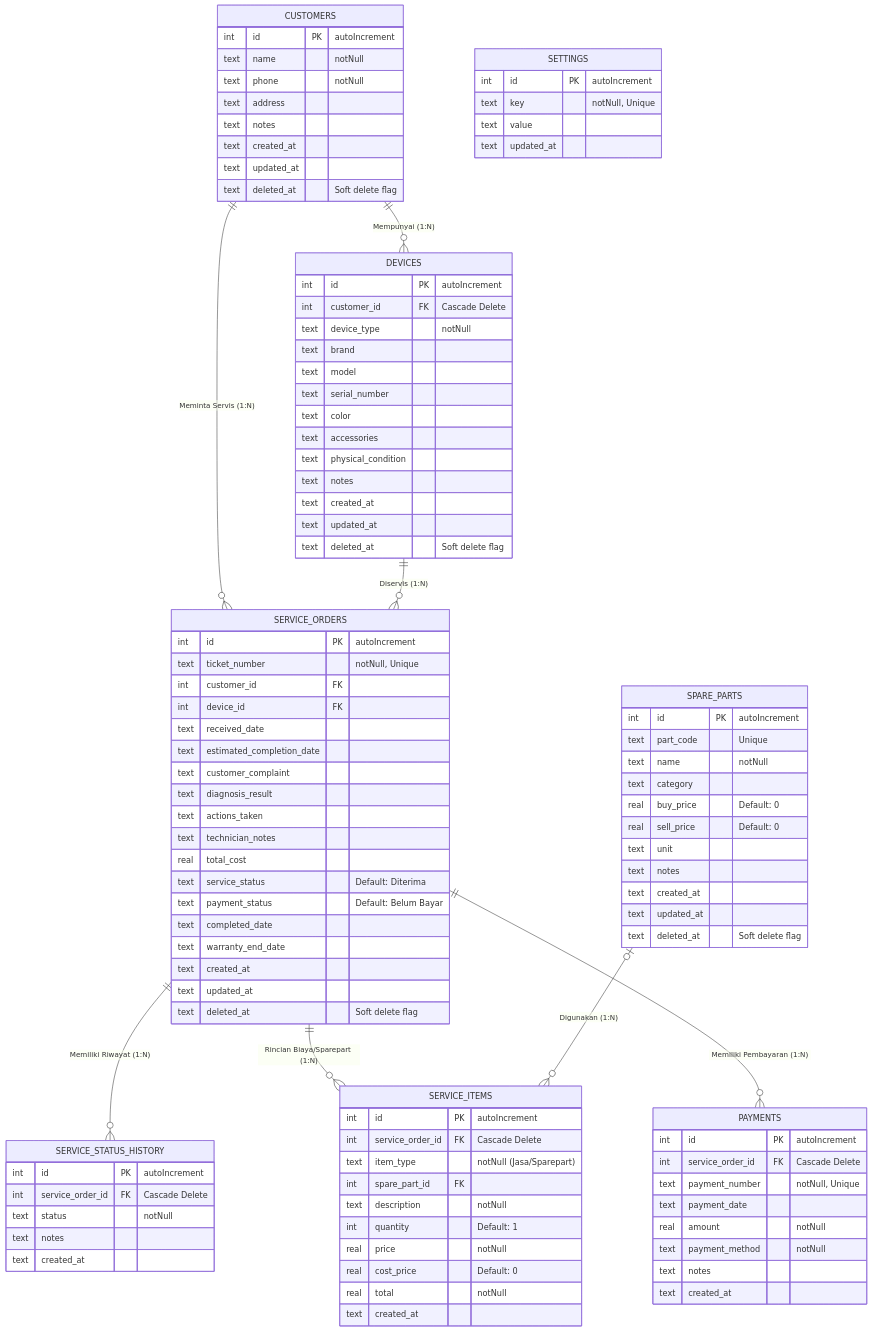
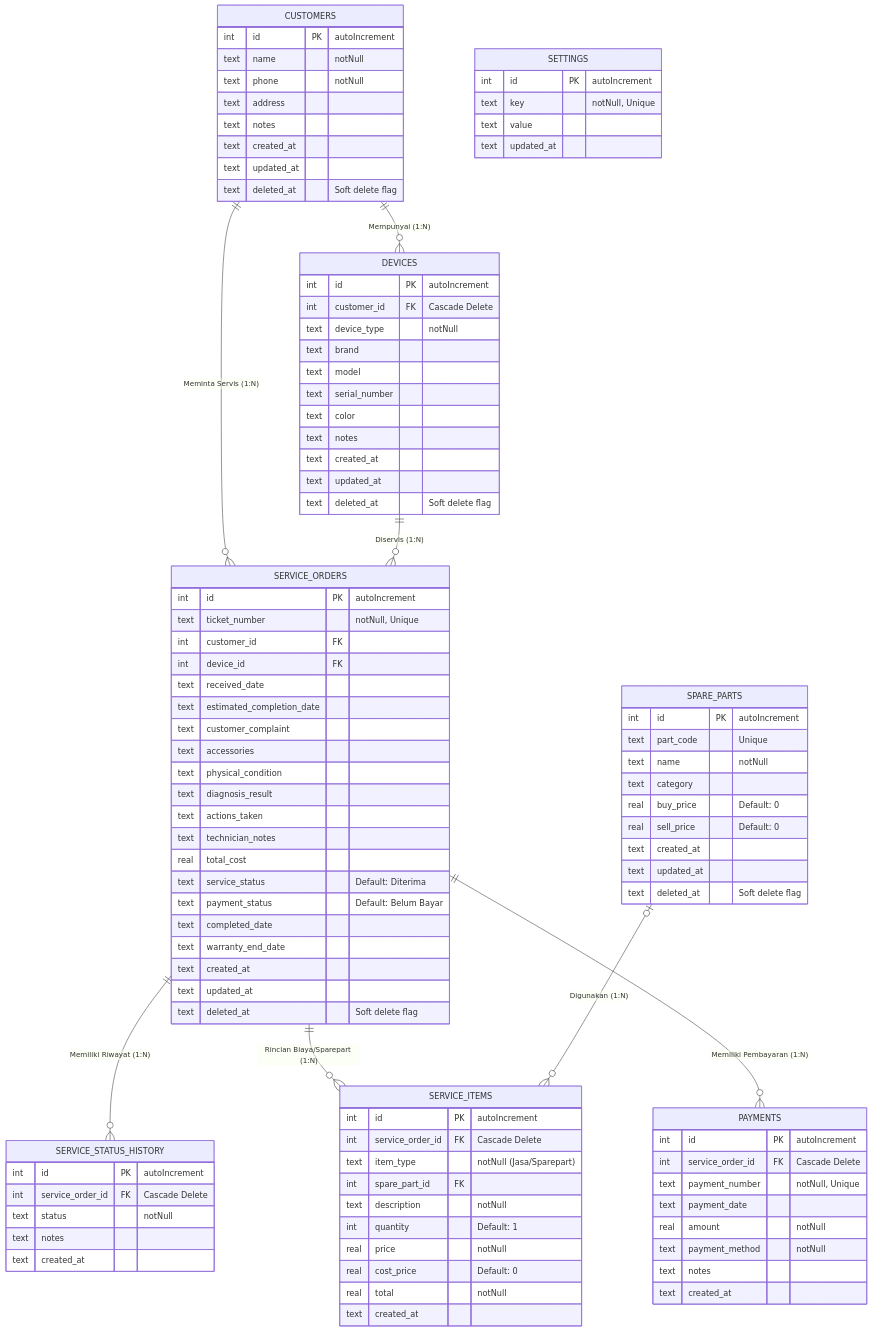
Before and after one commit to Nuno-Hadianto/nuNox_servis: the diagram in DATABASE.md, drawn with Mermaid. The commit also changed other lines of this file and 2 other files, not shown here.

```diff
--- a/DATABASE.md
+++ b/DATABASE.md
@@ -24,8 +24,6 @@
         text model
         text serial_number
         text color
-        text accessories
-        text physical_condition
         text notes
         text created_at
         text updated_at
@@ -40,6 +38,8 @@
         text received_date
         text estimated_completion_date
         text customer_complaint
+        text accessories
+        text physical_condition
         text diagnosis_result
         text actions_taken
         text technician_notes
@@ -81,8 +81,6 @@
         text category
         real buy_price "Default: 0"
         real sell_price "Default: 0"
-        text unit
-        text notes
         text created_at
         text updated_at
         text deleted_at "Soft delete flag"
```
